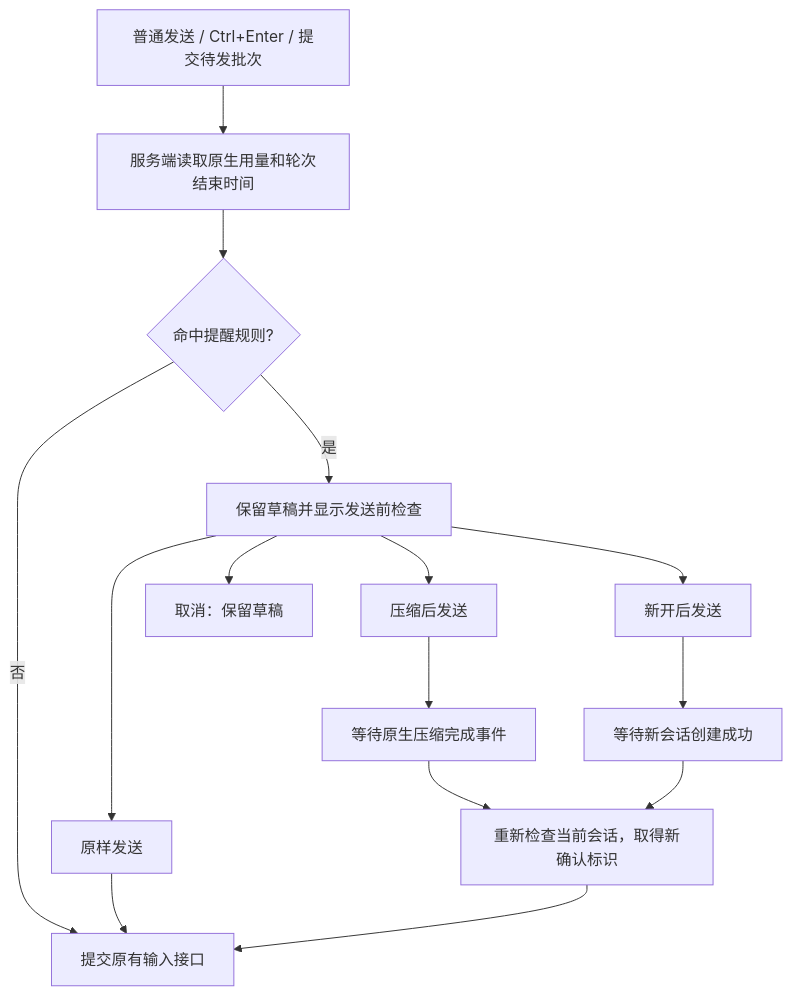
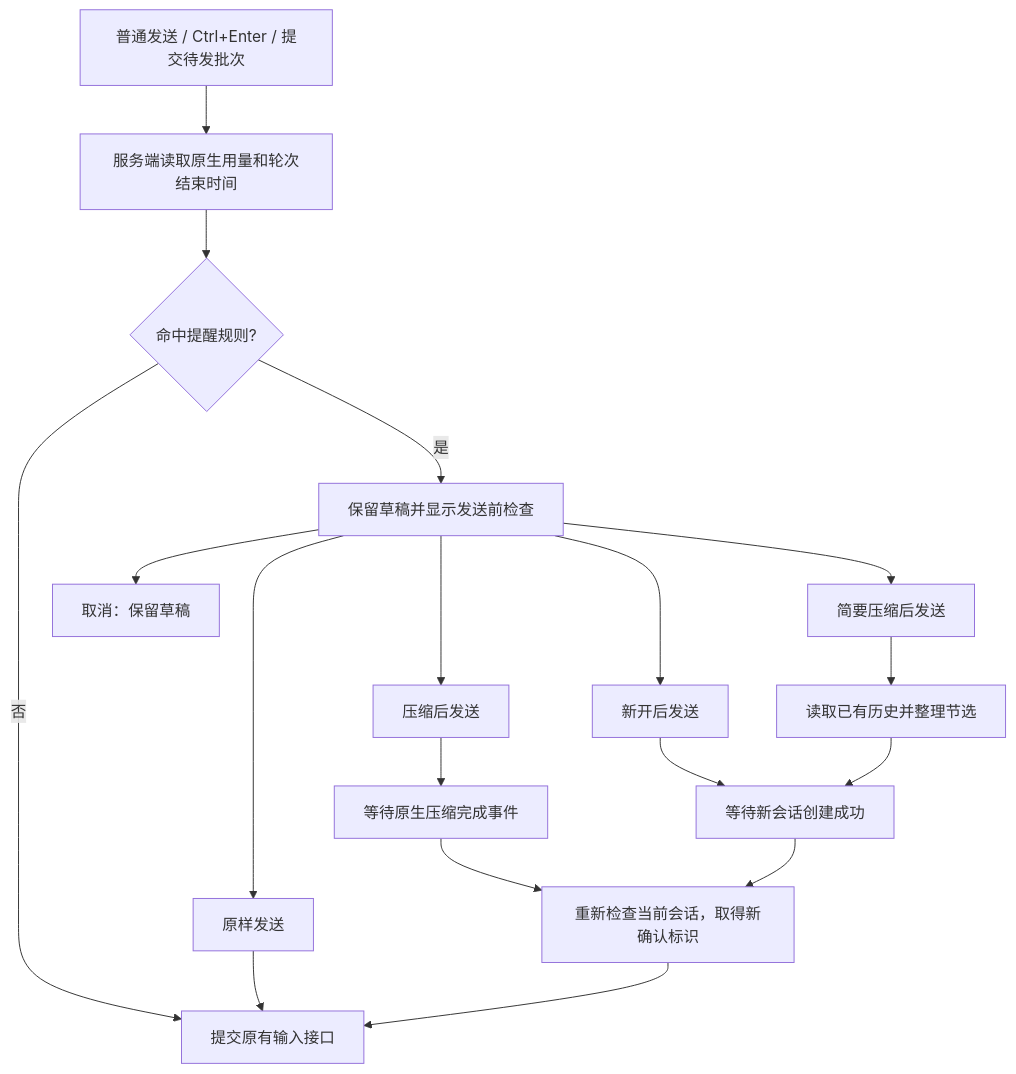
One commit to Poeagle/agentManager changed the diagram in docs/conversation-send-guard.md. Above: the diagram before and after it, drawn with Mermaid. The commit also changed other lines of this file and 24 other files, not shown here.

````diff
--- a/docs/conversation-send-guard.md
+++ b/docs/conversation-send-guard.md
@@ -16,17 +16,20 @@
 ```mermaid
 flowchart TD
     A[普通发送 / Ctrl+Enter / 提交待发批次] --> B[服务端读取原生用量和轮次结束时间]
     B --> C{命中提醒规则?}
     C -->|否| H[提交原有输入接口]
     C -->|是| D[保留草稿并显示发送前检查]
     D --> E[原样发送]
     D --> F[压缩后发送]
     D --> G[新开后发送]
+    D --> M[简要压缩后发送]
     D --> I[取消：保留草稿]
     F --> J[等待原生压缩完成事件]
     G --> K[等待新会话创建成功]
+    M --> N[读取已有历史并整理节选]
+    N --> K
     J --> L[重新检查当前会话，取得新确认标识]
     K --> L
     E --> H
     L --> H
 ```
````
